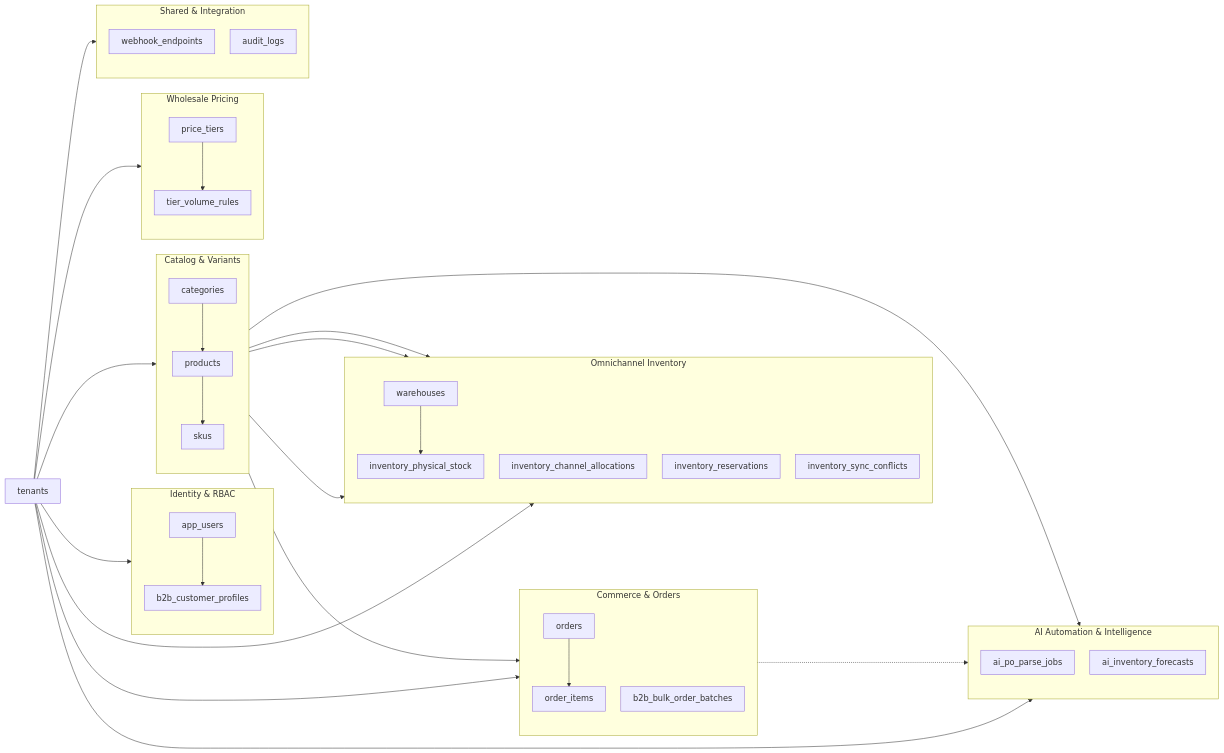
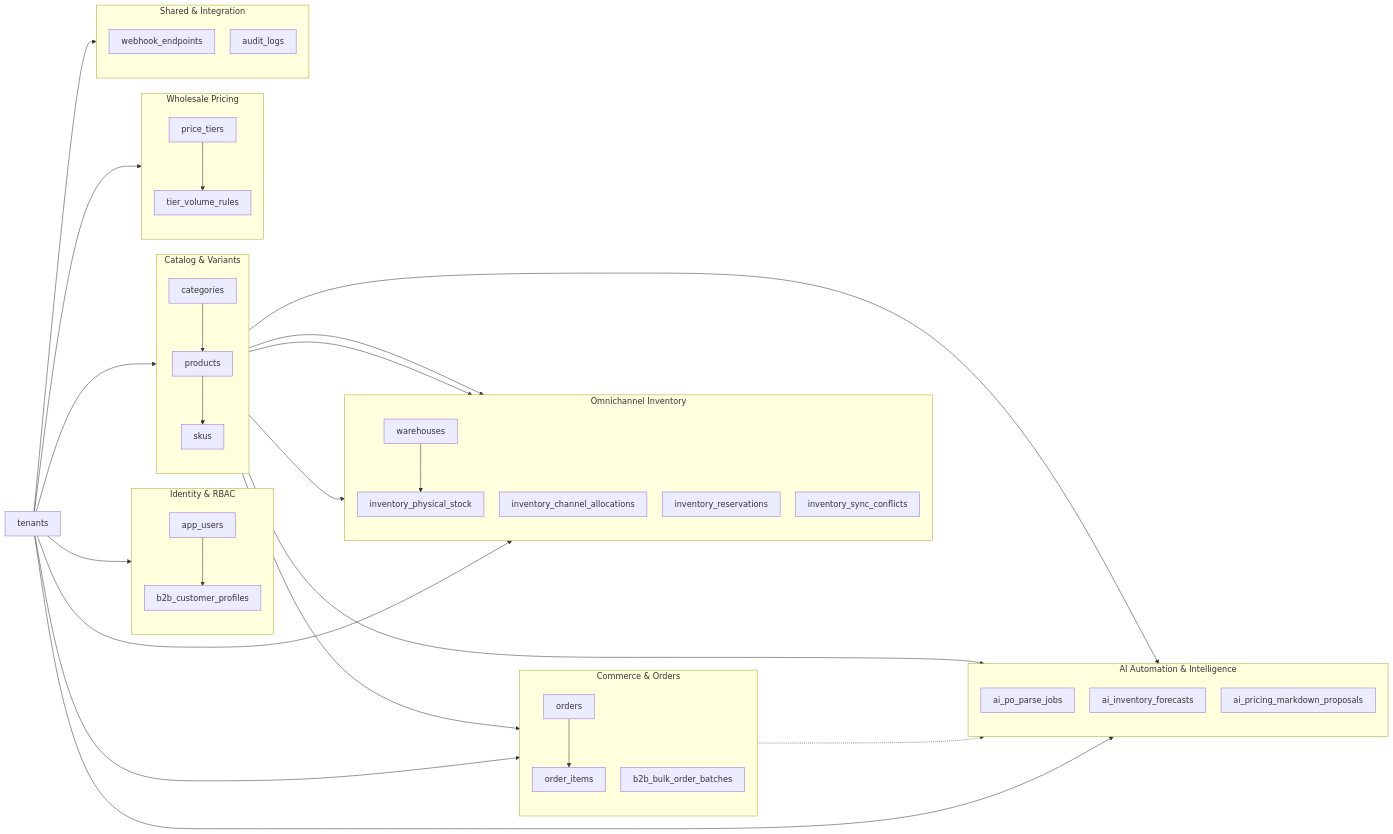
One commit to keybeand/OmniTennant changed the first of 3 diagrams in docs/DATABASE.md. Above: the diagram before and after it, drawn with Mermaid. The commit also changed other lines of this file and 12 other files, not shown here.

````diff
--- a/docs/DATABASE.md
+++ b/docs/DATABASE.md
@@ -19,72 +19,74 @@
 ```mermaid
 %%{init: {"flowchart": {"nodeSpacing": 30, "rankSpacing": 70, "padding": 12}}}%%
 flowchart LR
     T[tenants]
 
     subgraph identityGroup [Identity & RBAC]
         direction TB
         U[app_users]
         B2BP[b2b_customer_profiles]
     end
 
     subgraph catalogGroup [Catalog & Variants]
         direction TB
         CAT[categories]
         P[products]
         SKU[skus]
     end
 
     subgraph pricingGroup [Wholesale Pricing]
         direction TB
         PT[price_tiers]
         TVR[tier_volume_rules]
     end
 
     subgraph inventoryGroup [Omnichannel Inventory]
         direction TB
         WH[warehouses]
         IPS[inventory_physical_stock]
         ICA[inventory_channel_allocations]
         RES[inventory_reservations]
         CONF[inventory_sync_conflicts]
     end
 
     subgraph commerceGroup [Commerce & Orders]
         direction TB
         O[orders]
         OI[order_items]
         BAT[b2b_bulk_order_batches]
     end
 
     subgraph sharedGroup [Shared & Integration]
         direction TB
         WHK[webhook_endpoints]
         AUD[audit_logs]
     end
 
     subgraph aiGroup [AI Automation & Intelligence]
         direction TB
         AIPO[ai_po_parse_jobs]
         AIFC[ai_inventory_forecasts]
+        AIMD[ai_pricing_markdown_proposals]
     end
 
     T --> identityGroup
     T --> catalogGroup
     T --> pricingGroup
     T --> inventoryGroup
     T --> commerceGroup
     T --> sharedGroup
     T --> aiGroup
 
     U --> B2BP
     CAT --> P --> SKU
     PT --> TVR
     WH --> IPS
     SKU --> IPS
     SKU --> ICA
     SKU --> RES
     O --> OI
     SKU --> OI
     SKU --> AIFC
+    SKU --> AIMD
     O -.-> AIPO
 ```
````
